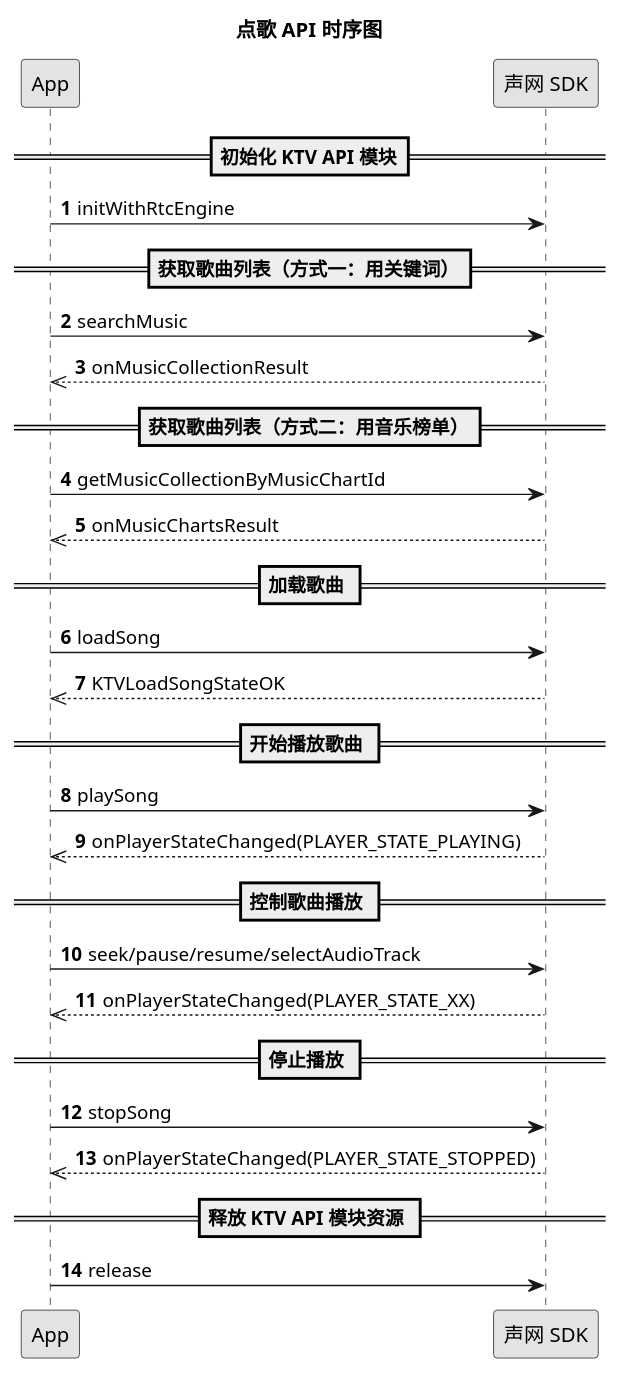
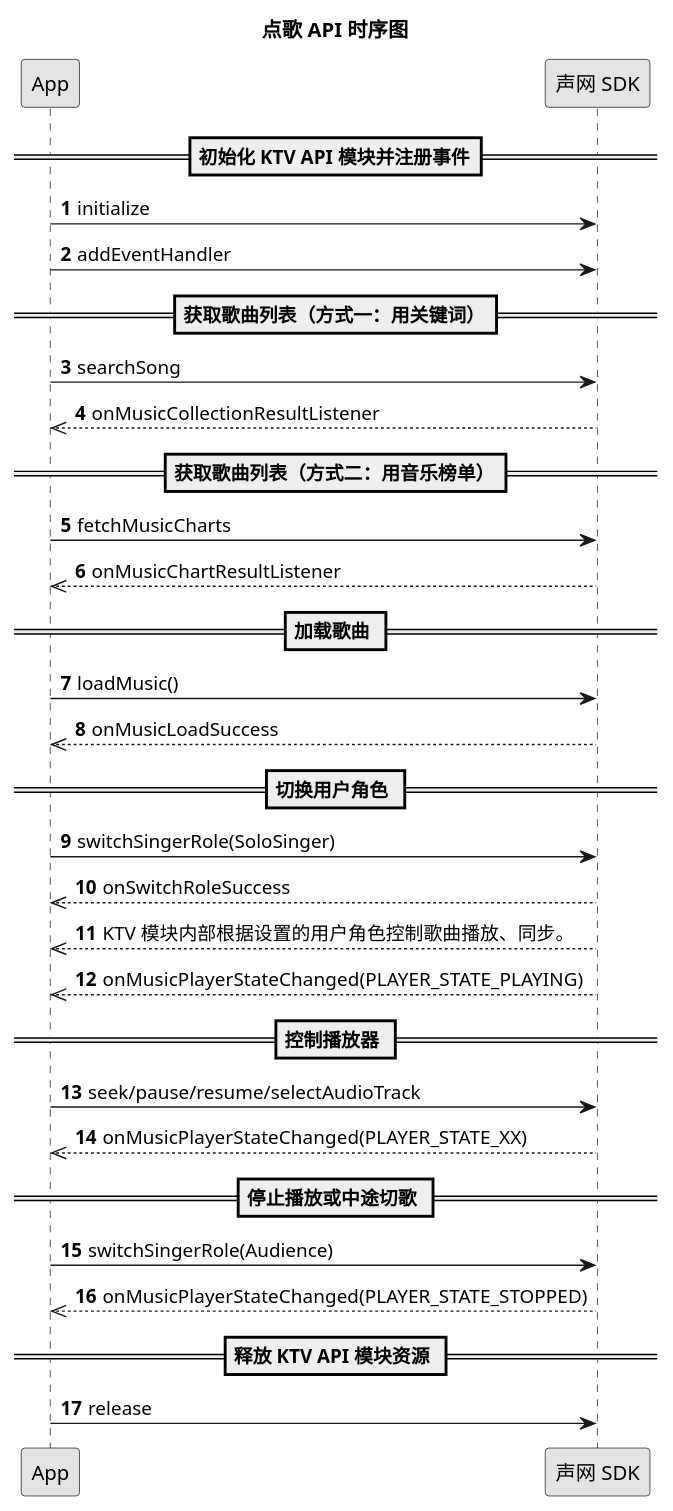
One commit to AgoraIO/agora_doc_source changed the diagram in markdown/online-ktv/改进/场景化方案/Android/实现文档/点歌.wsd. Above: the diagram before and after it, drawn with PlantUML. The commit also changed 1 other file, not shown here.

```diff
--- a/markdown/online-ktv/改进/场景化方案/Android/实现文档/点歌.wsd
+++ b/markdown/online-ktv/改进/场景化方案/Android/实现文档/点歌.wsd
@@ -1,29 +1,32 @@
 @startuml
 title 点歌 API 时序图
 autonumber
 skinparam monochrome true
 participant "App" as a
 participant "声网 SDK" as b
-== 初始化 KTV API 模块==
-a -> b: initWithRtcEngine
+== 初始化 KTV API 模块并注册事件==
+a -> b: initialize
+a ->b: addEventHandler
 == 获取歌曲列表（方式一：用关键词）==
-a -> b: searchMusic
-b -->> a: onMusicCollectionResult
+a -> b: searchSong
+b -->> a: onMusicCollectionResultListener
 == 获取歌曲列表（方式二：用音乐榜单）==
-a -> b: getMusicCollectionByMusicChartId
-b -->> a: onMusicChartsResult
+a -> b: fetchMusicCharts
+b -->> a: onMusicChartResultListener
 == 加载歌曲 ==
-a -> b: loadSong
-b -->> a: KTVLoadSongStateOK
-== 开始播放歌曲 ==
-a -> b: playSong
-b -->> a: onPlayerStateChanged(PLAYER_STATE_PLAYING)
-== 控制歌曲播放 ==
+a -> b: loadMusic()
+b -->> a: onMusicLoadSuccess
+== 切换用户角色 ==
+a -> b: switchSingerRole(SoloSinger)
+b -->> a:onSwitchRoleSuccess
+b -->> a: KTV 模块内部根据设置的用户角色控制歌曲播放、同步。
+b -->> a:onMusicPlayerStateChanged(PLAYER_STATE_PLAYING)
+== 控制播放器 ==
 a ->b: seek/pause/resume/selectAudioTrack
-b -->> a: onPlayerStateChanged(PLAYER_STATE_XX)
-== 停止播放 ==
-a -> b: stopSong
-b -->> a: onPlayerStateChanged(PLAYER_STATE_STOPPED)
+b -->> a: onMusicPlayerStateChanged(PLAYER_STATE_XX)
+== 停止播放或中途切歌 ==
+a -> b:switchSingerRole(Audience)
+b -->> a: onMusicPlayerStateChanged(PLAYER_STATE_STOPPED)
 == 释放 KTV API 模块资源 ==
 a ->b: release
 @enduml
```
